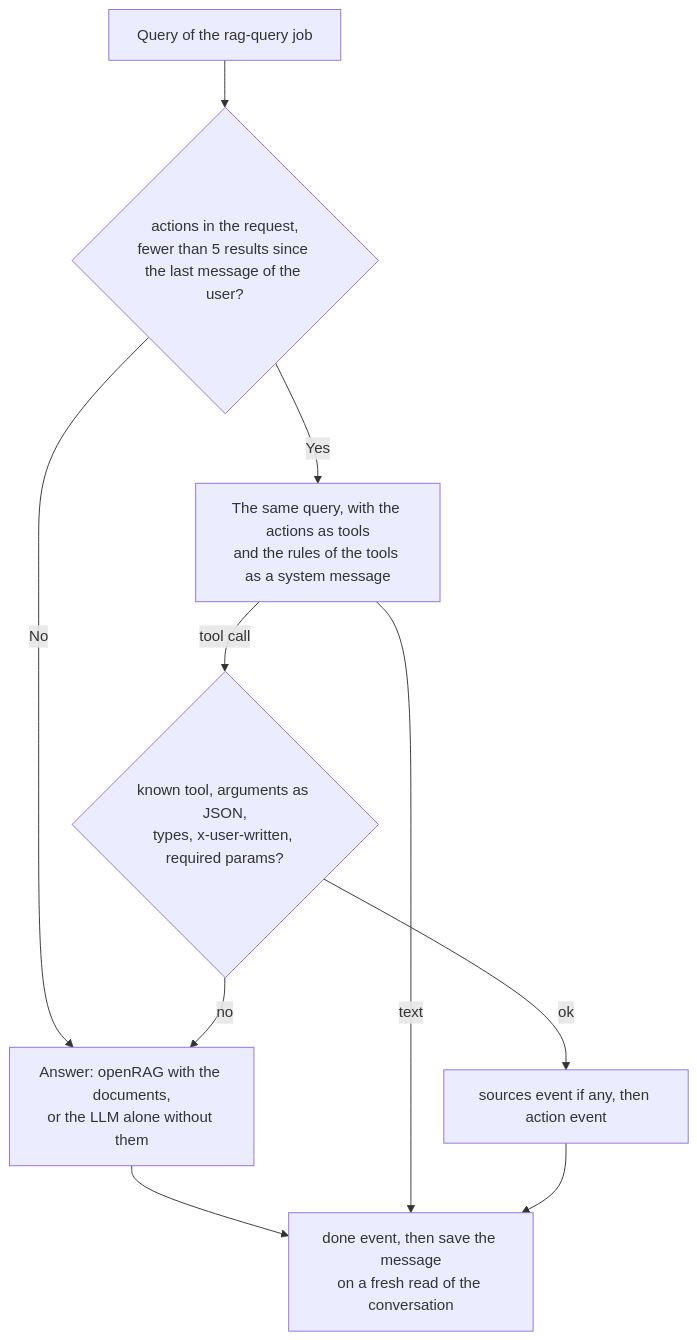
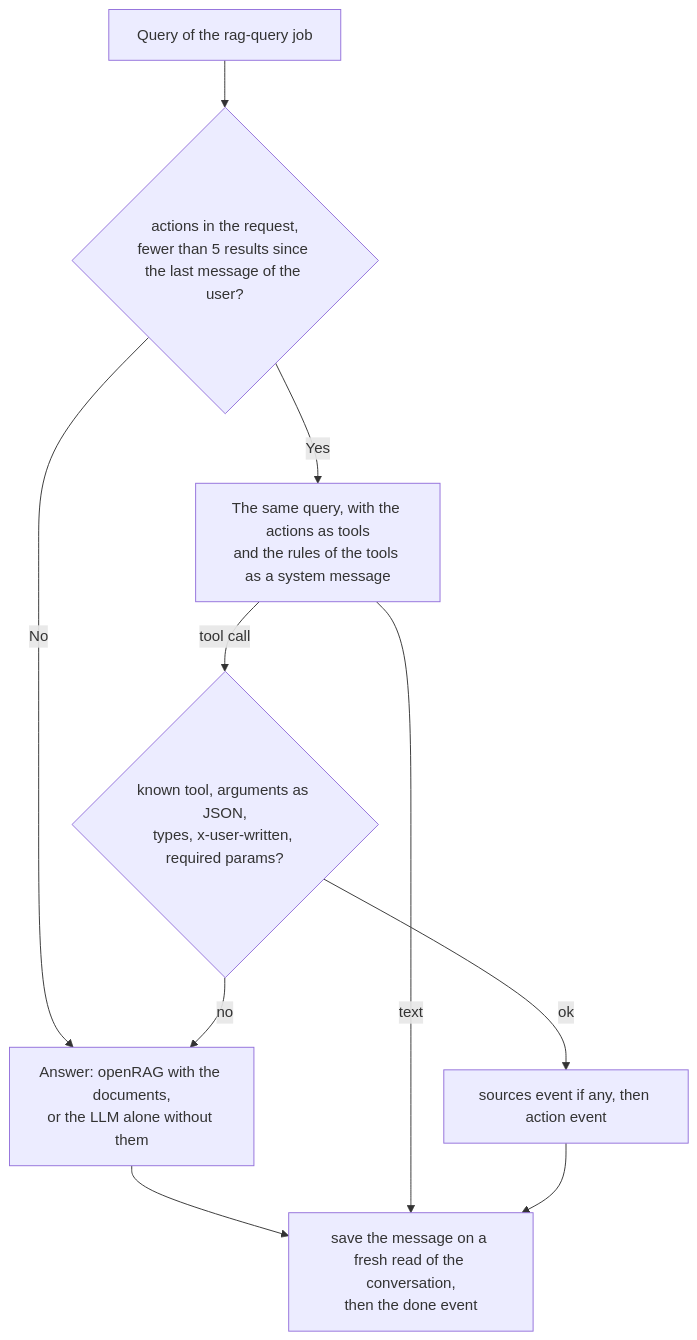
Before and after one commit to linagora/cozy-stack: the diagram in docs/ai.md, drawn with Mermaid. The commit also changed other lines of this file and 2 other files, not shown here.

First line of the commit message:
fix(rag): Keep the conversation valid for the LLM around a dropped call

````diff
--- a/docs/ai.md
+++ b/docs/ai.md
@@ -656,13 +656,13 @@
 ```mermaid
 flowchart TD
     Q[Query of the rag-query job] --> HAS{actions in the request,<br>fewer than 5 results since the last message of the user?}
     HAS -- No --> ANS[Answer: openRAG with the documents,<br>or the LLM alone without them]
     ANS --> SAVE
     HAS -- Yes --> TOOLS[The same query, with the actions as tools<br>and the rules of the tools as a system message]
     TOOLS -- text --> SAVE
     TOOLS -- tool call --> CHECK{known tool, arguments as JSON,<br>types, x-user-written, required params?}
     CHECK -- ok --> ACT[sources event if any, then action event]
     CHECK -- no --> ANS
     ACT --> SAVE
-    SAVE[done event, then save the message<br>on a fresh read of the conversation]
+    SAVE[save the message on a fresh read of the conversation,<br>then the done event]
 ```
````
